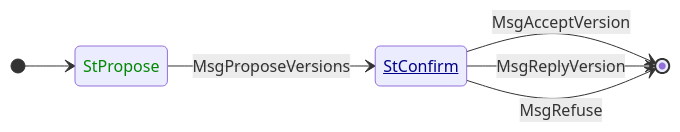
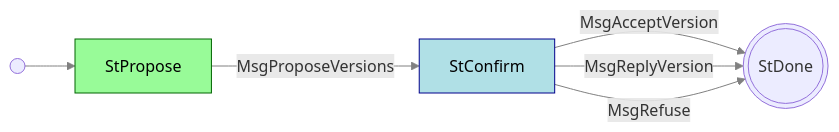
The diagram in src/network/node-to-node/handshake/README.md (rkuhn/cardano-blueprint), drawn with Mermaid before and after one commit. The commit also changed other lines of this file and 11 other files, not shown here.

First line of the commit message:
Improve readability of state diagrams

````diff
--- a/src/network/node-to-node/handshake/README.md
+++ b/src/network/node-to-node/handshake/README.md
@@ -13,16 +13,17 @@
 ```mermaid
-stateDiagram
+graph LR
+    classDef client color:black,fill:PaleGreen,stroke:DarkGreen;
+    classDef server color:black,fill:PowderBlue,stroke:DarkBlue;
+    linkStyle default stroke:gray
+    
+    StDone(((StDone)))
 
-    [*] --> StPropose
-    StPropose --> StConfirm: MsgProposeVersions
-    StConfirm --> [*]: MsgAcceptVersion
-    StConfirm --> [*]: MsgReplyVersion
-    StConfirm --> [*]: MsgRefuse
+    i(( )) --> StPropose
+    StPropose --MsgProposeVersions--> StConfirm
+    StConfirm --MsgAcceptVersion--> StDone
+    StConfirm --MsgReplyVersion--> StDone
+    StConfirm --MsgRefuse--> StDone
 
-    direction LR
-
-    classDef initiator color:#080
-    classDef responder color:#008, text-decoration: underline
-    class StPropose initiator
-    class StConfirm responder
+    class StPropose client
+    class StConfirm server
 ```
````
